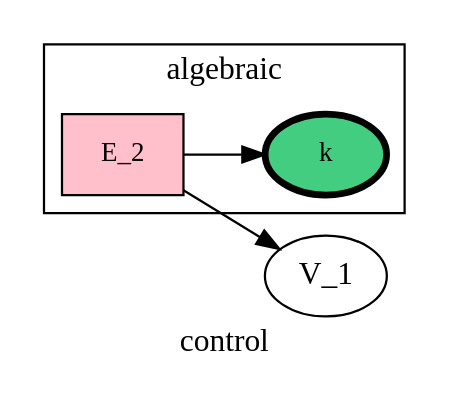
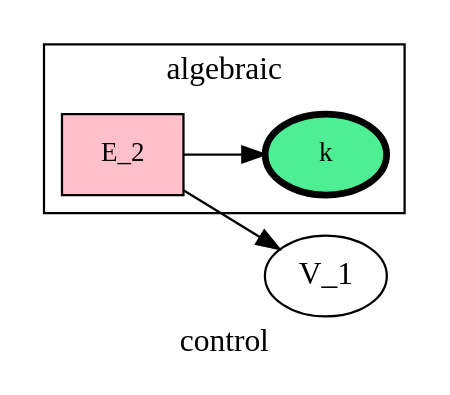
One commit to heinz-preisig/processes_distributed_no_interface_eqs changed the diagram in ontology_graphs/graph__control.dot. Above: the diagram before and after it, drawn with Graphviz. The commit also changed 90 other files, not shown here.

```diff
--- a/ontology_graphs/graph__control.dot
+++ b/ontology_graphs/graph__control.dot
@@ -1,53 +1,53 @@
 digraph control {
 label=control;
 rankdir=LR;
 subgraph cluster_control___dataFlow {
 label=dataFlow;
 rankdir=LR;
 }
 
 subgraph cluster_control___input {
 label=input;
 rankdir=LR;
 }
 
 subgraph cluster_control___output {
 label=output;
 rankdir=LR;
 }
 
 subgraph cluster_control___network {
 label=network;
 rankdir=LR;
 }
 
 subgraph cluster_control___frame {
 label=frame;
 rankdir=LR;
 }
 
 subgraph cluster_control___state {
 label=state;
 rankdir=LR;
 }
 
 subgraph cluster_control___constant {
 label=constant;
 rankdir=LR;
 }
 
 subgraph cluster_control___diffState {
 label=diffState;
 rankdir=LR;
 }
 
 E_2 -> V_1  [splines=ortho];
 subgraph cluster_control___algebraic {
 label=algebraic;
 rankdir=LR;
-V_3 [fillcolor=seagreen3, fontsize=12, label=k, penwidth=3, style=filled];
+V_3 [fillcolor=seagreen2, fontsize=12, label=k, penwidth=3, style=filled];
 E_2 [fillcolor=pink, fontsize=12, shape=box, style=filled];
 E_2 -> V_3  [splines=ortho];
 }
 
 }
```
